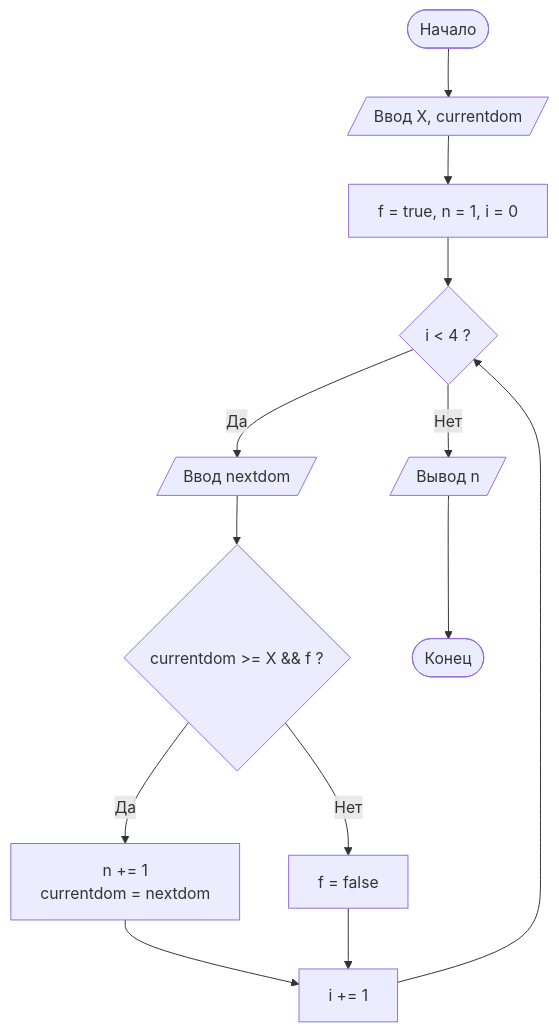
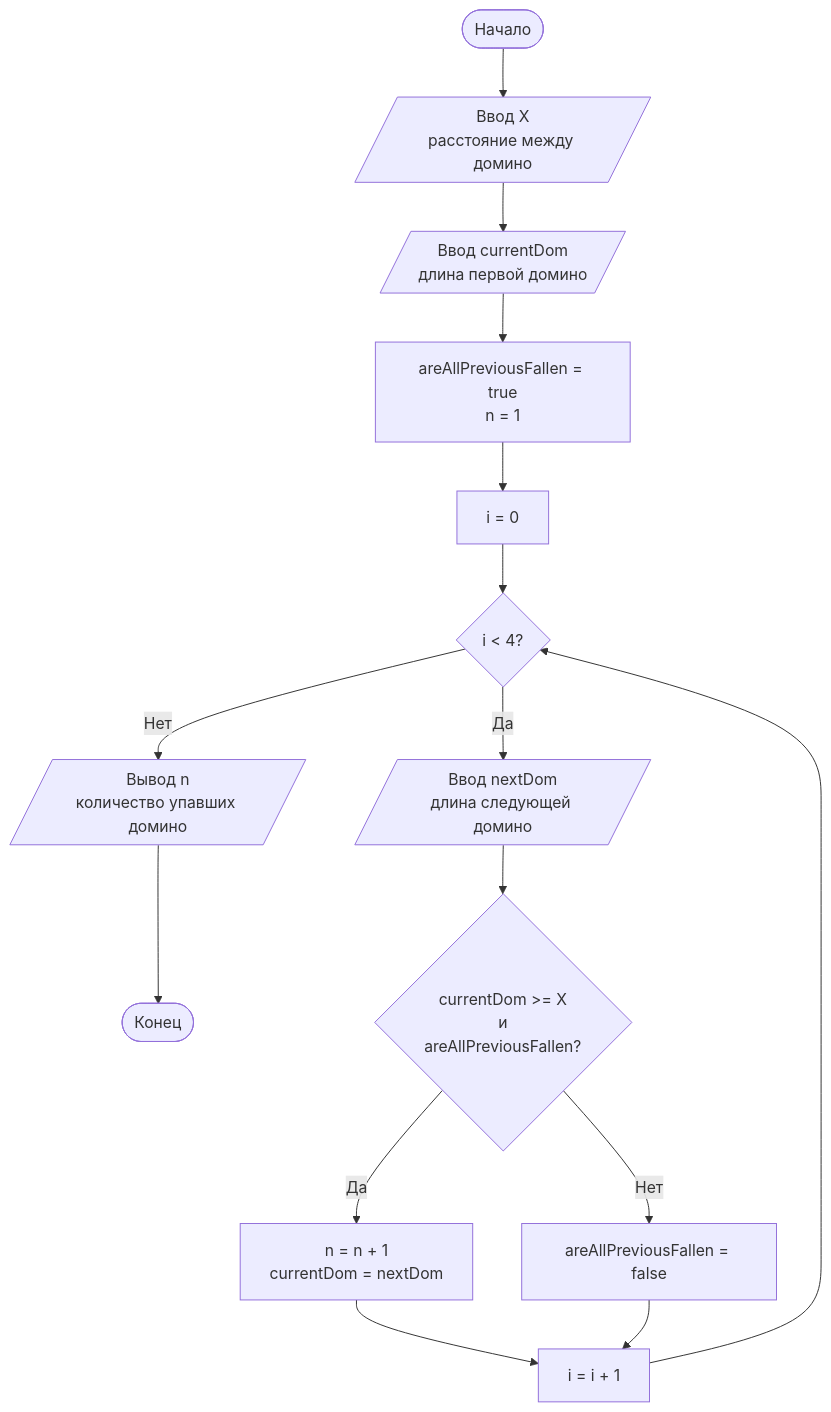
One commit to pupundel333/Lab-1 changed the diagram in README.md. Above: the diagram before and after it, drawn with Mermaid.

````diff
--- a/README.md
+++ b/README.md
@@ -74,15 +74,26 @@
 ```mermaid
-graph TD 
-    A([Начало]) --> B[/Ввод X, currentdom/]
-    B --> C["f = true, n = 1, i = 0"]
-    C --> D{"i < 4 ?"}
-    D -- Да --> E[/Ввод nextdom/]
-    E --> F{"currentdom >= X && f ?"}
-    F -- Да --> G["n += 1 \n currentdom = nextdom"]
-    F -- Нет --> H["f = false"]
-    G --> I["i += 1"]
-    H --> I
-    I --> D
-    D -- Нет --> J[/Вывод n/]
-    J --> K([Конец])
+flowchart TD
+
+    A([Начало]) --> B[/Ввод X<br/>расстояние между домино/]
+    B --> C[/Ввод currentDom<br/>длина первой домино/]
+
+    C --> D[areAllPreviousFallen = true<br/>n = 1]
+    D --> E[i = 0]
+
+    E --> F{ i < 4? }
+
+    F -- Нет --> G[/Вывод n<br/>количество упавших домино/]
+    G --> H([Конец])
+
+    F -- Да --> I[/Ввод nextDom<br/>длина следующей домино/]
+
+    I --> J{currentDom >= X<br/>и<br/>areAllPreviousFallen?}
+
+    J -- Да --> K[n = n + 1<br/>currentDom = nextDom]
+    J -- Нет --> L[areAllPreviousFallen = false]
+
+    K --> M[i = i + 1]
+    L --> M
+
+    M --> F
 ```
````
